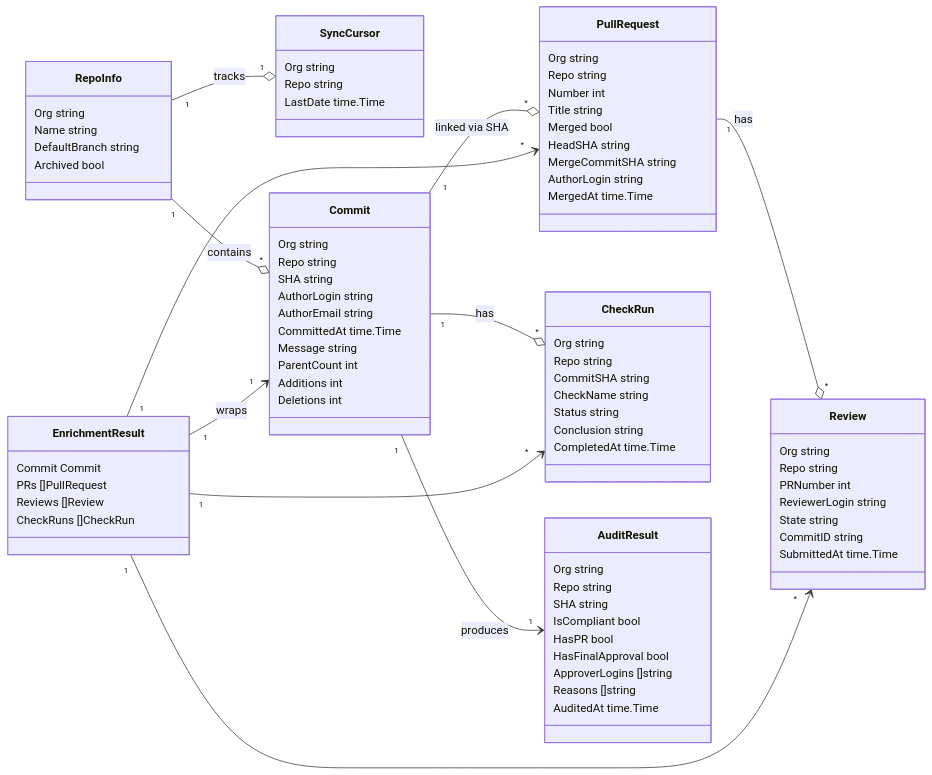
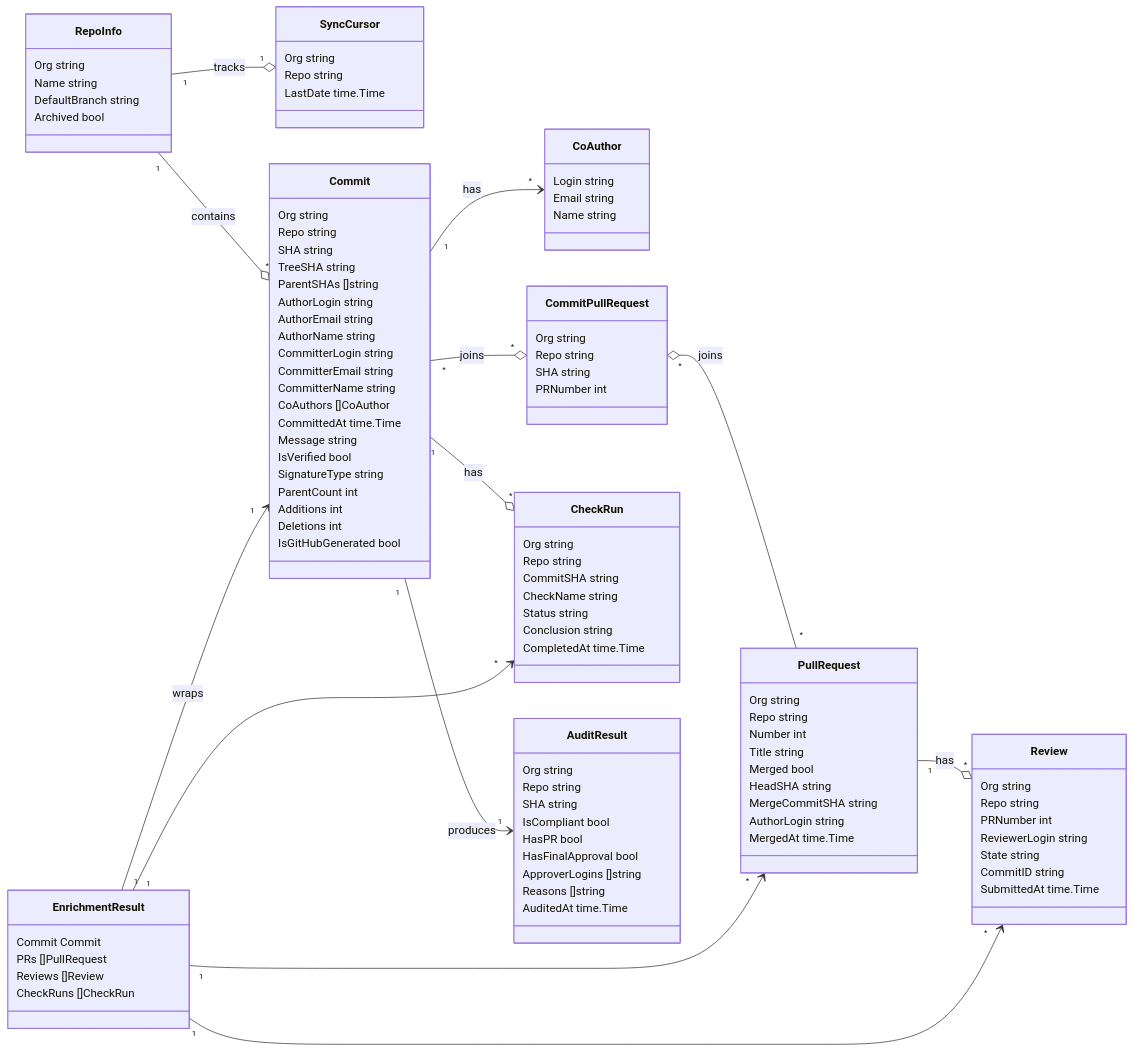
Before and after one commit to stefanpenner/gh-audit: the diagram in internal/model/README.md, drawn with Mermaid. The commit also changed 1 other file, not shown here.

Commit message:
Model Commit as pure git object, add CommitPullRequest join table
Remove Branch/IsDefaultBranch from Commit since branches are ref
metadata, not properties of a commit. Add CommitPullRequest join
table to map commits to PRs, handling all merge strategies.

````diff
--- a/internal/model/README.md
+++ b/internal/model/README.md
@@ -21,17 +21,40 @@
         LastDate time.Time
     }
 
+    class CoAuthor {
+        Login string
+        Email string
+        Name string
+    }
+
     class Commit {
         Org string
         Repo string
         SHA string
+        TreeSHA string
+        ParentSHAs []string
         AuthorLogin string
         AuthorEmail string
+        AuthorName string
+        CommitterLogin string
+        CommitterEmail string
+        CommitterName string
+        CoAuthors []CoAuthor
         CommittedAt time.Time
         Message string
+        IsVerified bool
+        SignatureType string
         ParentCount int
         Additions int
         Deletions int
+        IsGitHubGenerated bool
+    }
+
+    class CommitPullRequest {
+        Org string
+        Repo string
+        SHA string
+        PRNumber int
     }
 
     class PullRequest {
@@ -87,12 +110,14 @@
 
     RepoInfo "1" --o "*" Commit : contains
     RepoInfo "1" --o "1" SyncCursor : tracks
-    Commit "1" --o "*" PullRequest : linked via SHA
+    Commit "*" --o "*" CommitPullRequest : joins
+    CommitPullRequest "*" o-- "*" PullRequest : joins
     PullRequest "1" --o "*" Review : has
     Commit "1" --o "*" CheckRun : has
     EnrichmentResult "1" --> "1" Commit : wraps
     EnrichmentResult "1" --> "*" PullRequest
     EnrichmentResult "1" --> "*" Review
     EnrichmentResult "1" --> "*" CheckRun
+    Commit "1" --> "*" CoAuthor : has
     Commit "1" --> "1" AuditResult : produces
 ```
````
